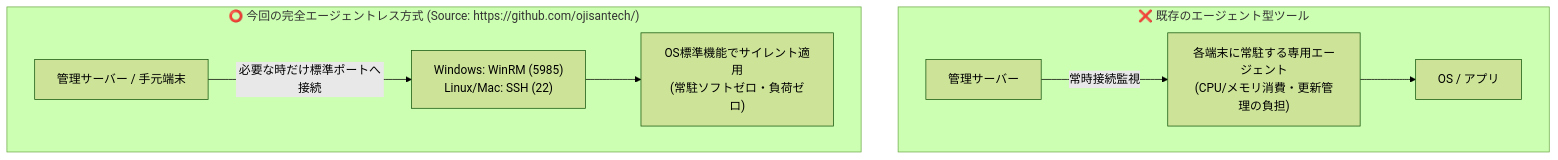
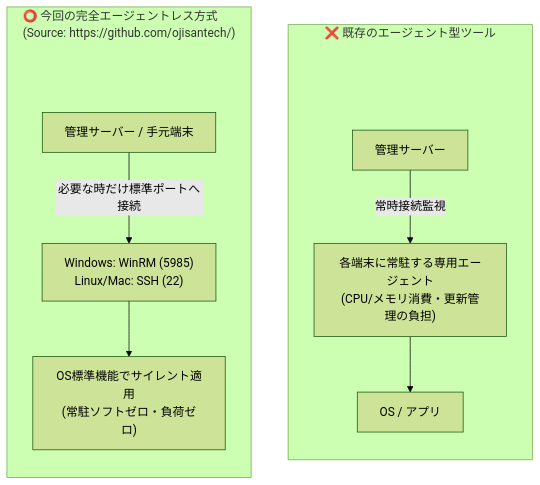
Before and after one commit to ojisantech/ojisan-arsenal: the second of 2 diagrams in QIITA_ARTICLE_DETAIL_2.md, drawn with Mermaid (forest theme).

Commit message:
fix(mermaid): add invisible spacers to prevent title and node overlaps

````diff
--- a/QIITA_ARTICLE_DETAIL_2.md
+++ b/QIITA_ARTICLE_DETAIL_2.md
@@ -56,12 +56,18 @@
 ```mermaid
 flowchart TD
     subgraph Heavy ["❌ 既存のエージェント型ツール"]
-        H_Server["管理サーバー"] -->|"常時接続監視"| H_Agent["各端末に常駐する専用エージェント<br/>(CPU/メモリ消費・更新管理の負担)"]
+        direction TB
+        spacer_h[" "] ~~~ H_Server["管理サーバー"]
+        style spacer_h fill:none,stroke:none;
+        H_Server -->|"常時接続監視"| H_Agent["各端末に常駐する専用エージェント<br/>(CPU/メモリ消費・更新管理の負担)"]
         H_Agent --> H_OS["OS / アプリ"]
     end
 
-    subgraph Light ["⭕ 今回の完全エージェントレス方式 (Source: https://github.com/ojisantech/)"]
-        L_Server["管理サーバー / 手元端末"] -->|"必要な時だけ標準ポートへ接続"| L_Port["Windows: WinRM (5985)<br/>Linux/Mac: SSH (22)"]
+    subgraph Light ["⭕ 今回の完全エージェントレス方式<br/>(Source: https://github.com/ojisantech/)"]
+        direction TB
+        spacer_l[" "] ~~~ L_Server["管理サーバー / 手元端末"]
+        style spacer_l fill:none,stroke:none;
+        L_Server -->|"必要な時だけ標準ポートへ接続"| L_Port["Windows: WinRM (5985)<br/>Linux/Mac: SSH (22)"]
         L_Port --> L_OS["OS標準機能でサイレント適用<br/>(常駐ソフトゼロ・負荷ゼロ)"]
     end
 ```
````
